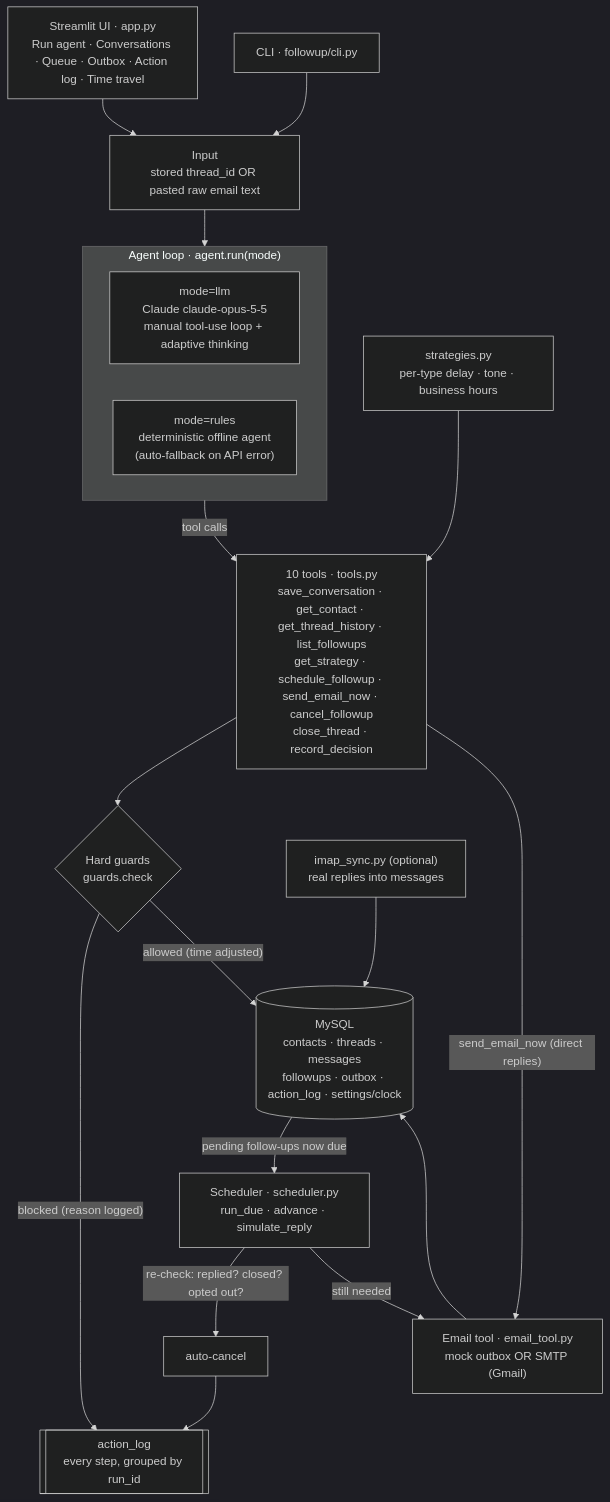
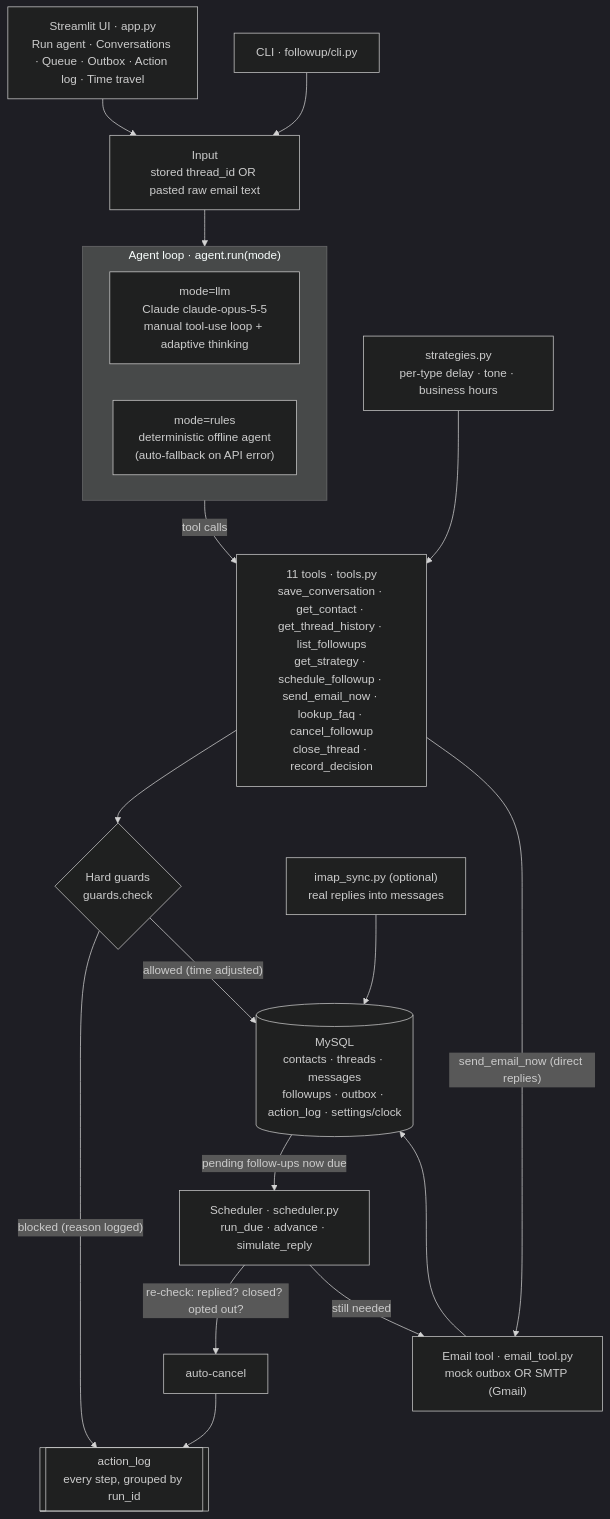
The diagram in README.md (pulkit334/agentic-llm), drawn with Mermaid (dark theme) before and after one commit. The commit also changed other lines of this file and 1 other file, not shown here.

Commit message:
docs: update demo timings, real email setup and new CLI commands

````diff
--- a/README.md
+++ b/README.md
@@ -34,37 +34,37 @@
 ```mermaid
 flowchart TD
     UI["Streamlit UI · app.py<br/>Run agent · Conversations · Queue · Outbox · Action log · Time travel"]
     CLI["CLI · followup/cli.py"]
     IN["Input<br/>stored thread_id OR pasted raw email text"]
 
     subgraph AGENT["Agent loop · agent.run(mode)"]
         LLM["mode=llm<br/>Claude claude-opus-5-5<br/>manual tool-use loop + adaptive thinking"]
         RULES["mode=rules<br/>deterministic offline agent<br/>(auto-fallback on API error)"]
     end
 
-    TOOLS["10 tools · tools.py<br/>save_conversation · get_contact · get_thread_history · list_followups<br/>get_strategy · schedule_followup · send_email_now · cancel_followup<br/>close_thread · record_decision"]
+    TOOLS["11 tools · tools.py<br/>save_conversation · get_contact · get_thread_history · list_followups<br/>get_strategy · schedule_followup · send_email_now · lookup_faq · cancel_followup<br/>close_thread · record_decision"]
     STRAT["strategies.py<br/>per-type delay · tone · business hours"]
     GUARD{"Hard guards<br/>guards.check"}
     DB[("MySQL<br/>contacts · threads · messages<br/>followups · outbox · action_log · settings/clock")]
     SCHED["Scheduler · scheduler.py<br/>run_due · advance · simulate_reply"]
     CANCEL["auto-cancel"]
     EMAIL["Email tool · email_tool.py<br/>mock outbox OR SMTP (Gmail)"]
     LOG[["action_log<br/>every step, grouped by run_id"]]
     IMAP["imap_sync.py (optional)<br/>real replies into messages"]
 
     UI --> IN
     CLI --> IN
     IN --> AGENT
     AGENT -- "tool calls" --> TOOLS
     STRAT --> TOOLS
     TOOLS --> GUARD
     GUARD -- "blocked (reason logged)" --> LOG
     GUARD -- "allowed (time adjusted)" --> DB
     DB -- "pending follow-ups now due" --> SCHED
     SCHED -- "re-check: replied? closed? opted out?" --> CANCEL
     SCHED -- "still needed" --> EMAIL
     TOOLS -- "send_email_now (direct replies)" --> EMAIL
     EMAIL --> DB
     CANCEL --> LOG
     IMAP --> DB
 ```
````
